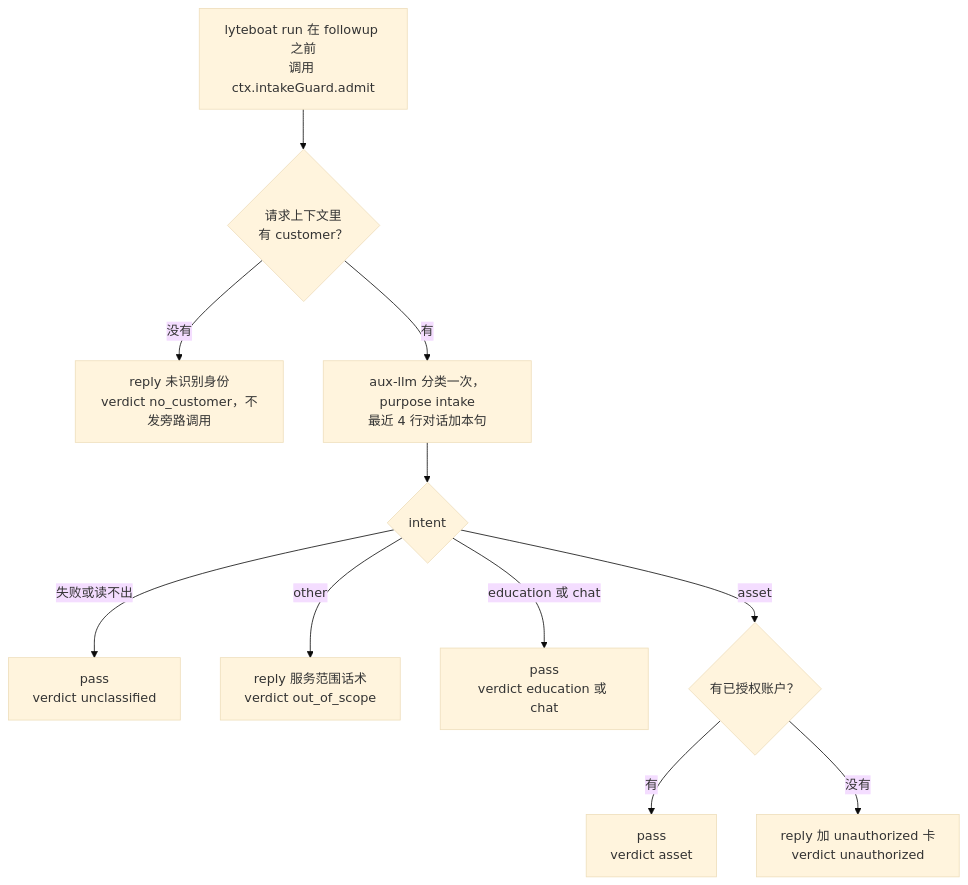
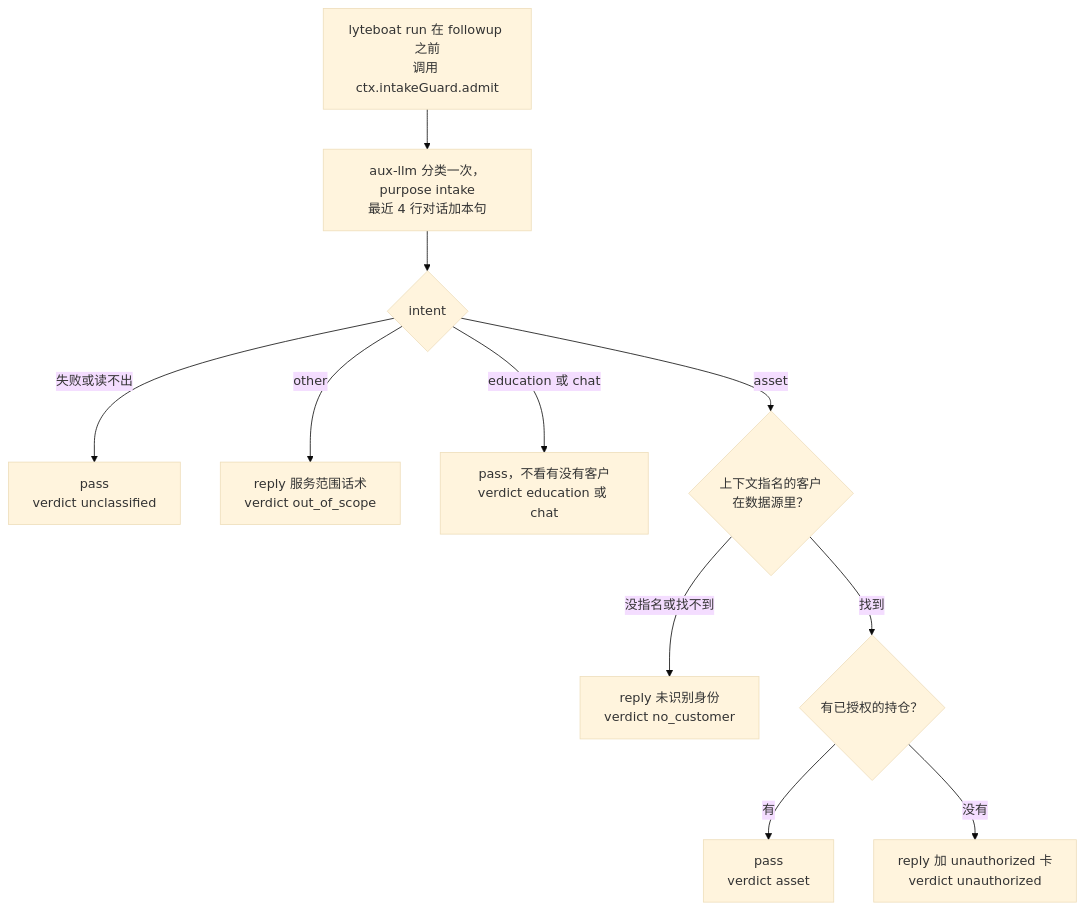
One commit to lyteboat/boat changed the third of 4 diagrams in docs/04-reference-alignment.md. Above: the diagram before and after it, drawn with Mermaid (base theme). The commit also changed other lines of this file and 5 other files, not shown here.

````diff
--- a/docs/04-reference-alignment.md
+++ b/docs/04-reference-alignment.md
@@ -1012,13 +1033,13 @@
 ```mermaid
 flowchart TB
-  A["lyteboat run 在 followup 之前<br/>调用 ctx.intakeGuard.admit"] --> B{"请求上下文里<br/>有 customer？"}
-  B -->|"没有"| N["reply 未识别身份<br/>verdict no_customer，不发旁路调用"]
-  B -->|"有"| G["aux-llm 分类一次，purpose intake<br/>最近 4 行对话加本句"]
+  A["lyteboat run 在 followup 之前<br/>调用 ctx.intakeGuard.admit"] --> G["aux-llm 分类一次，purpose intake<br/>最近 4 行对话加本句"]
   G --> I{"intent"}
   I -->|"失败或读不出"| P1["pass<br/>verdict unclassified"]
   I -->|"other"| O["reply 服务范围话术<br/>verdict out_of_scope"]
-  I -->|"education 或 chat"| P2["pass<br/>verdict education 或 chat"]
-  I -->|"asset"| U{"有已授权账户？"}
+  I -->|"education 或 chat"| P2["pass，不看有没有客户<br/>verdict education 或 chat"]
+  I -->|"asset"| B{"上下文指名的客户<br/>在数据源里？"}
+  B -->|"没指名或找不到"| N["reply 未识别身份<br/>verdict no_customer"]
+  B -->|"找到"| U{"有已授权的持仓？"}
   U -->|"有"| P3["pass<br/>verdict asset"]
   U -->|"没有"| R["reply 加 unauthorized 卡<br/>verdict unauthorized"]
 ```
````
